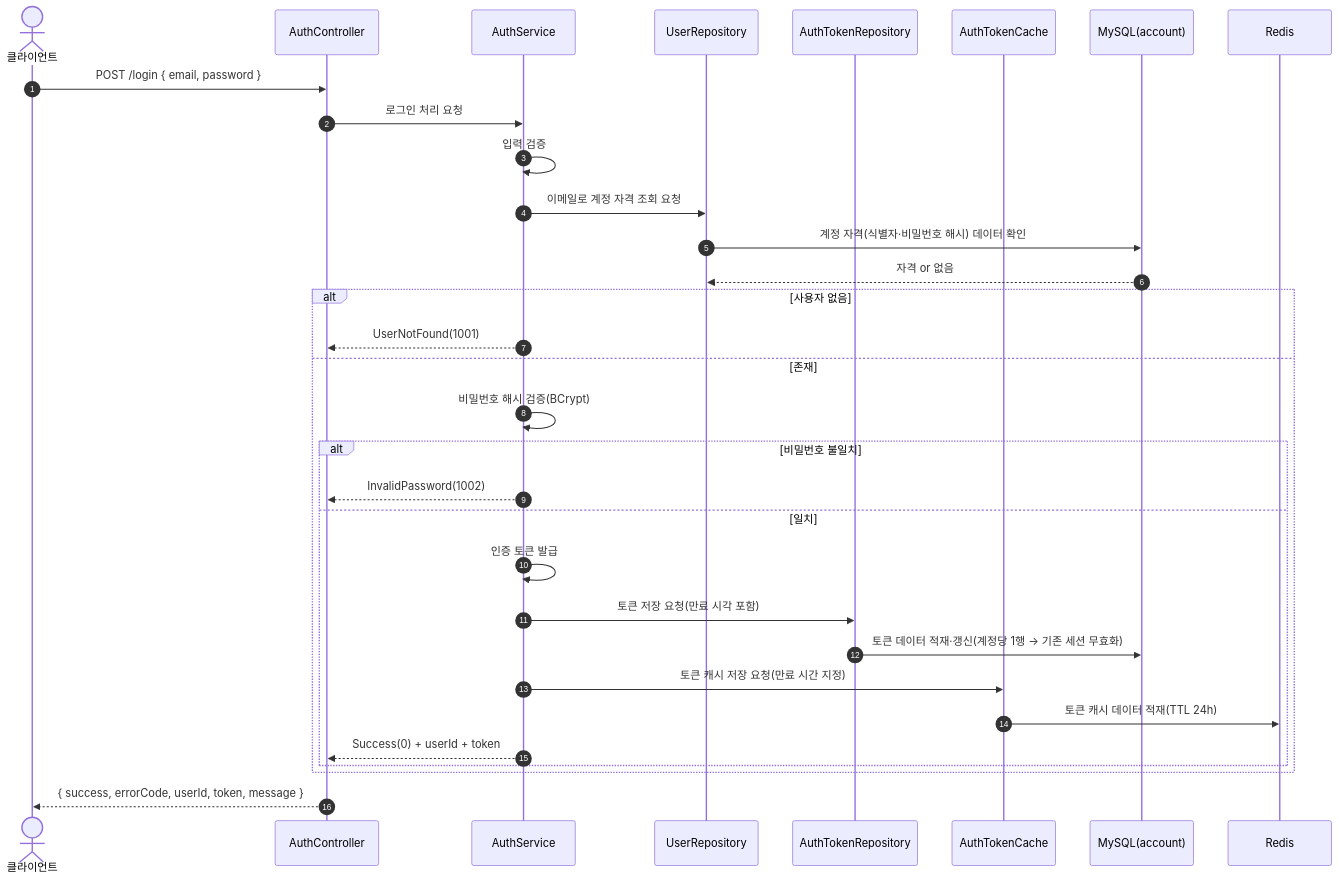
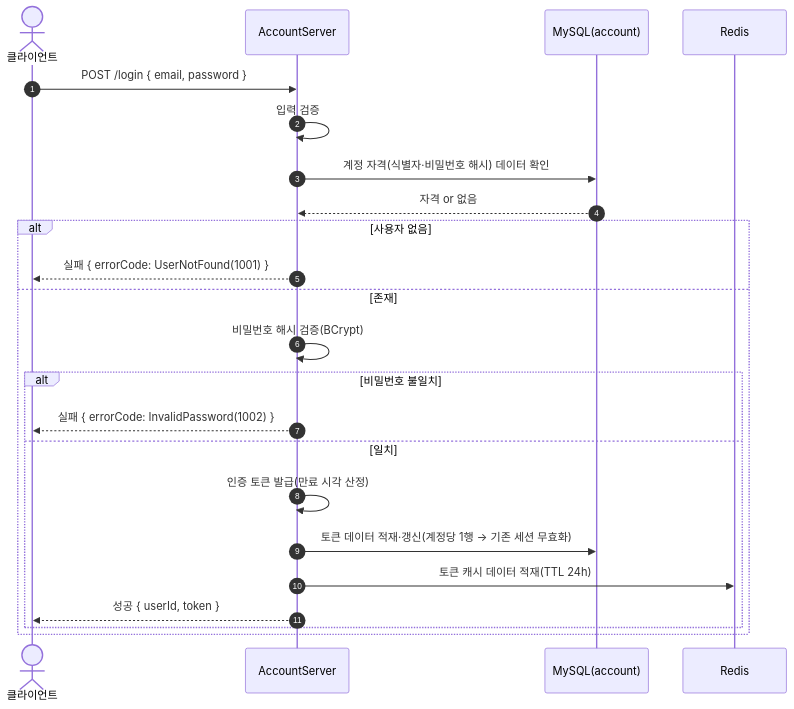
The second of 3 diagrams in SequenceDiagram/AuthController.md (ks-wook/com2us-taskbar-hero), drawn with Mermaid before and after one commit. The commit also changed other lines of this file and 8 other files, not shown here.

Commit message:
시퀀스 다이어그램 수정

````diff
--- a/SequenceDiagram/AuthController.md
+++ b/SequenceDiagram/AuthController.md
@@ -45,35 +39,26 @@
 ```mermaid
 sequenceDiagram
     autonumber
     actor C as 클라이언트
-    participant Ctrl as AuthController
-    participant Svc as AuthService
-    participant URepo as UserRepository
-    participant TRepo as AuthTokenRepository
-    participant Cache as AuthTokenCache
+    participant S as AccountServer
     participant DB as MySQL(account)
     participant Redis as Redis
 
-    C->>Ctrl: POST /login { email, password }
-    Ctrl->>Svc: 로그인 처리 요청
-    Svc->>Svc: 입력 검증
-    Svc->>URepo: 이메일로 계정 자격 조회 요청
-    URepo->>DB: 계정 자격(식별자·비밀번호 해시) 데이터 확인
-    DB-->>URepo: 자격 or 없음
+    C->>S: POST /login { email, password }
+    S->>S: 입력 검증
+    S->>DB: 계정 자격(식별자·비밀번호 해시) 데이터 확인
+    DB-->>S: 자격 or 없음
     alt 사용자 없음
-        Svc-->>Ctrl: UserNotFound(1001)
+        S-->>C: 실패 { errorCode: UserNotFound(1001) }
     else 존재
-        Svc->>Svc: 비밀번호 해시 검증(BCrypt)
+        S->>S: 비밀번호 해시 검증(BCrypt)
         alt 비밀번호 불일치
-            Svc-->>Ctrl: InvalidPassword(1002)
+            S-->>C: 실패 { errorCode: InvalidPassword(1002) }
         else 일치
-            Svc->>Svc: 인증 토큰 발급
-            Svc->>TRepo: 토큰 저장 요청(만료 시각 포함)
-            TRepo->>DB: 토큰 데이터 적재·갱신(계정당 1행 → 기존 세션 무효화)
-            Svc->>Cache: 토큰 캐시 저장 요청(만료 시간 지정)
-            Cache->>Redis: 토큰 캐시 데이터 적재(TTL 24h)
-            Svc-->>Ctrl: Success(0) + userId + token
+            S->>S: 인증 토큰 발급(만료 시각 산정)
+            S->>DB: 토큰 데이터 적재·갱신(계정당 1행 → 기존 세션 무효화)
+            S->>Redis: 토큰 캐시 데이터 적재(TTL 24h)
+            S-->>C: 성공 { userId, token }
         end
     end
-    Ctrl-->>C: { success, errorCode, userId, token, message }
 ```
````
